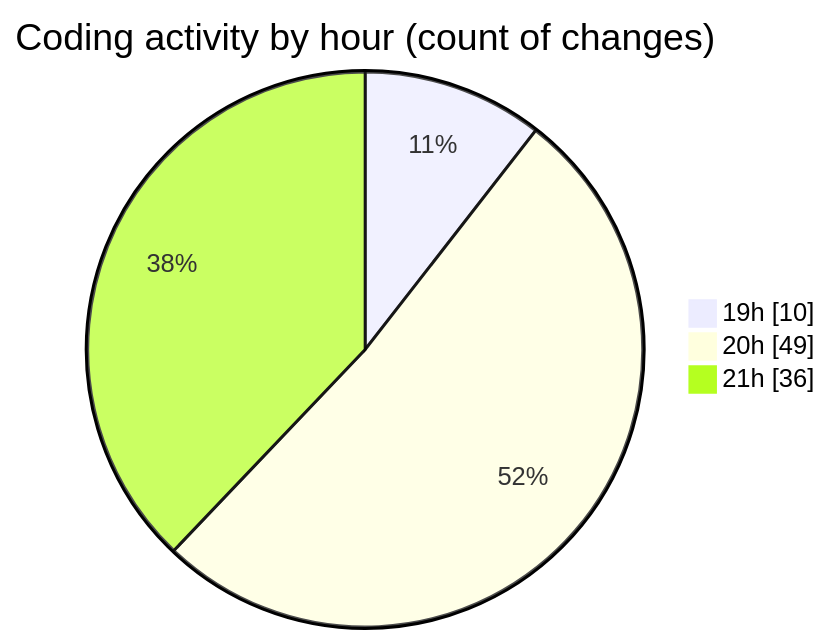
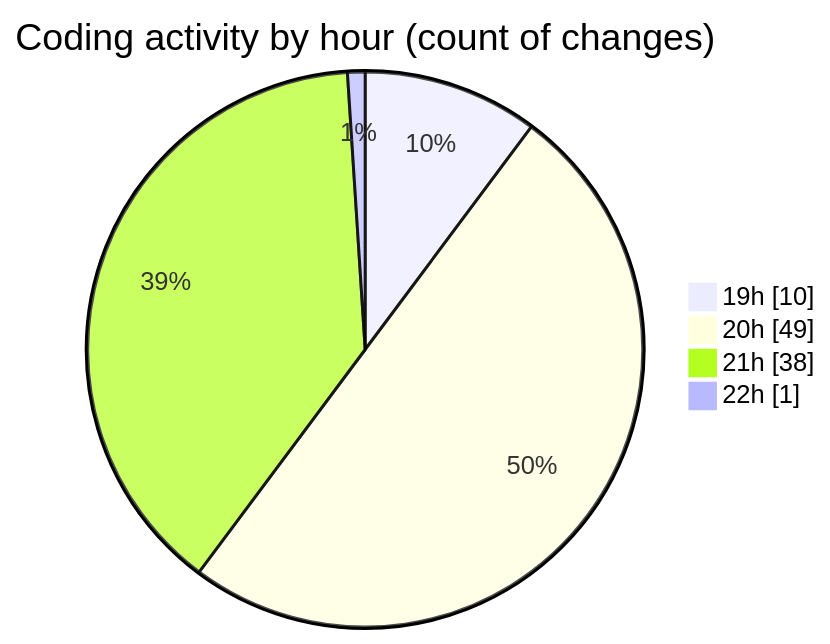
One commit to charlie-sans/code-tracking changed the second of 2 diagrams in 2025-01-28/trollerboard/README.md. Above: the diagram before and after it, drawn with Mermaid. The commit also changed other lines of this file and 1 other file, not shown here.

````diff
--- a/2025-01-28/trollerboard/README.md
+++ b/2025-01-28/trollerboard/README.md
@@ -43,7 +43,8 @@
 ```mermaid
 pie showData
 title Coding activity by hour (count of changes)
 "19h" : 10
 "20h" : 49
-"21h" : 36
+"21h" : 38
+"22h" : 1
 ```
````
